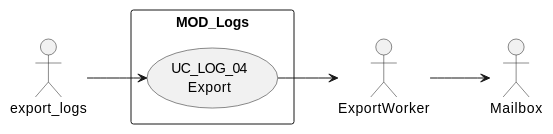
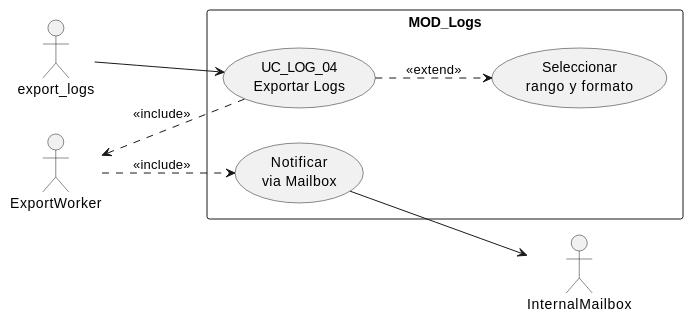
One commit to jcg-admin/IACT-docs changed the first of 4 diagrams in source/requisitos/casos-uso/logs/uc-log-04/diagramas-uml.rst. Above: the diagram before and after it, drawn with PlantUML. The commit also changed other lines of this file and 5 other files, not shown here.

First line of the commit message:
Complete UC diagram coverage and fix final actor names

```diff
--- a/source/requisitos/casos-uso/logs/uc-log-04/diagramas-uml.rst
+++ b/source/requisitos/casos-uso/logs/uc-log-04/diagramas-uml.rst
@@ -10,14 +10,18 @@
 .. uml::
 
  @startuml
  left to right direction
  actor "export_logs" as USR
  actor "ExportWorker" as W
- actor "Mailbox" as MB
+ actor "InternalMailbox" as MB
  rectangle "MOD_Logs" {
-   usecase "UC_LOG_04\nExport" as UC04
+   usecase "UC_LOG_04\nExportar Logs" as UC04
+   usecase "Seleccionar\nrango y formato" as SEL
+   usecase "Notificar\nvia Mailbox" as NOT
  }
  USR --> UC04
- UC04 --> W
- W --> MB
+ UC04 ..> SEL : <<extend>>
+ UC04 ..> W : <<include>>
+ W ..> NOT : <<include>>
+ NOT --> MB
  @enduml
```
